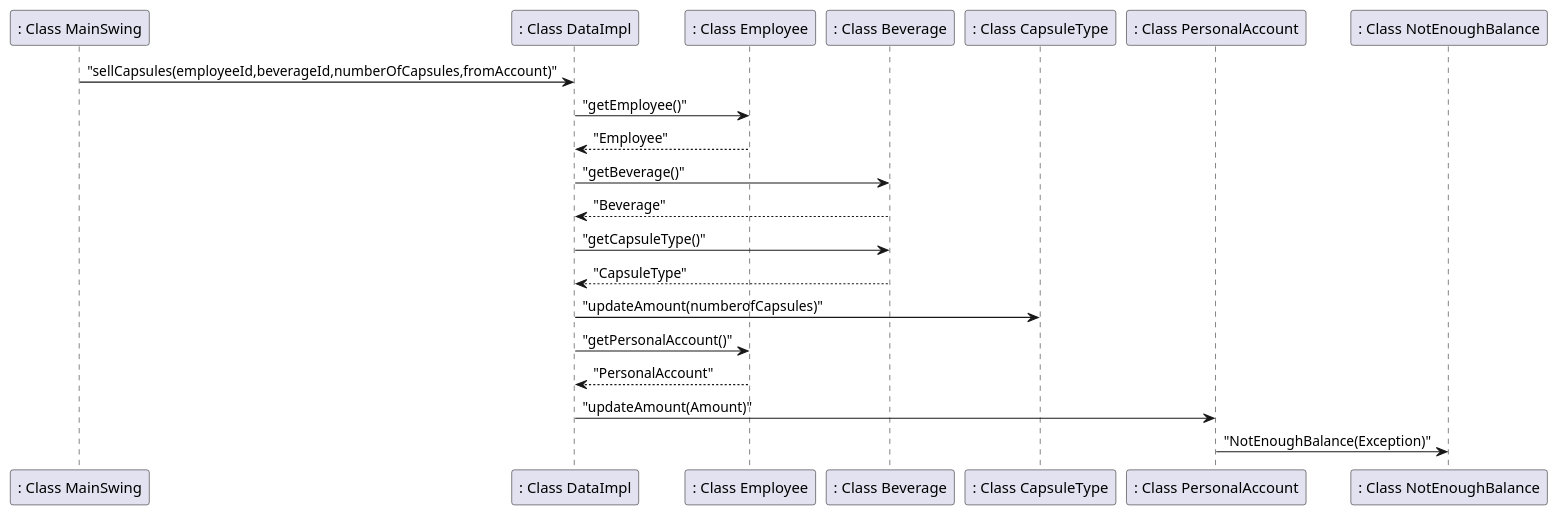
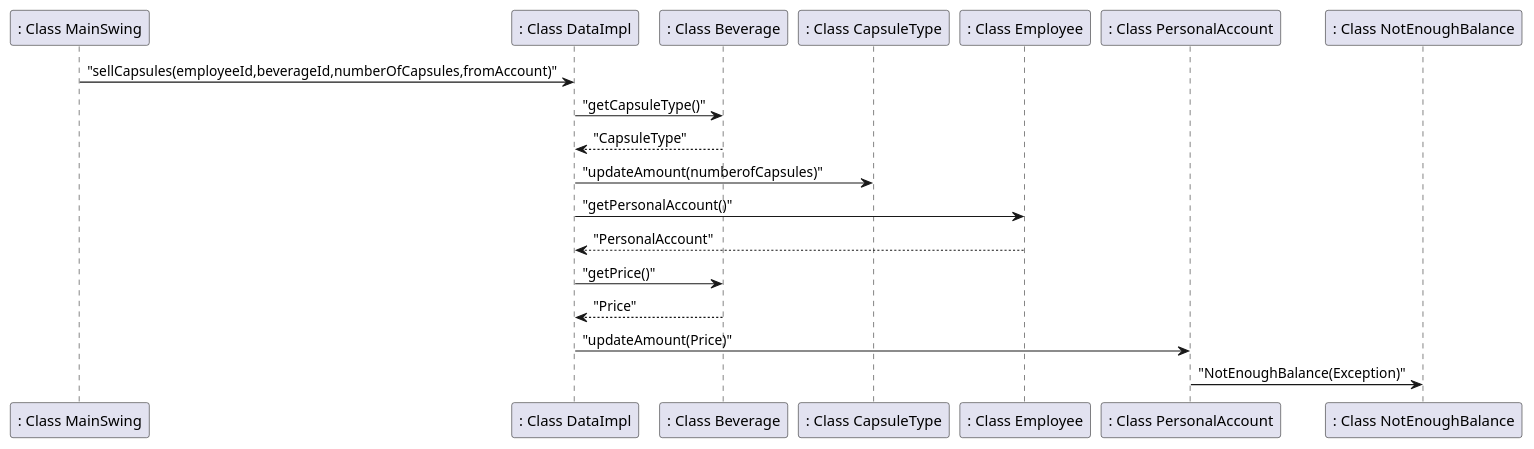
One commit to salvatore-dimartino/LaTazza changed the seventh of 7 diagrams in templates/DesignDocumentTemplate.md. Above: the diagram before and after it, drawn with PlantUML. The commit also changed other lines of this file, not shown here.

````diff
--- a/templates/DesignDocumentTemplate.md
+++ b/templates/DesignDocumentTemplate.md
@@ -299,14 +297,12 @@
 ```plantuml
 ": Class MainSwing" -> ": Class DataImpl": "sellCapsules(employeeId,beverageId,numberOfCapsules,fromAccount)"
-": Class DataImpl" -> ": Class Employee": "getEmployee()"
-": Class Employee" --> ": Class DataImpl": "Employee"
-": Class DataImpl" -> ": Class Beverage": "getBeverage()"
-": Class Beverage" --> ": Class DataImpl": "Beverage"
 ": Class DataImpl" -> ": Class Beverage": "getCapsuleType()"
 ": Class Beverage" --> ": Class DataImpl": "CapsuleType"
 ": Class DataImpl" -> ": Class CapsuleType": "updateAmount(numberofCapsules)"
 ": Class DataImpl" -> ": Class Employee": "getPersonalAccount()"
 ": Class Employee" --> ": Class DataImpl": "PersonalAccount"
-": Class DataImpl" -> ": Class PersonalAccount": "updateAmount(Amount)"
+": Class DataImpl" -> ": Class Beverage": "getPrice()"
+": Class Beverage" --> ": Class DataImpl": "Price"
+": Class DataImpl" -> ": Class PersonalAccount": "updateAmount(Price)"
 ": Class PersonalAccount" -> ": Class NotEnoughBalance": "NotEnoughBalance(Exception)"
 ```
````
